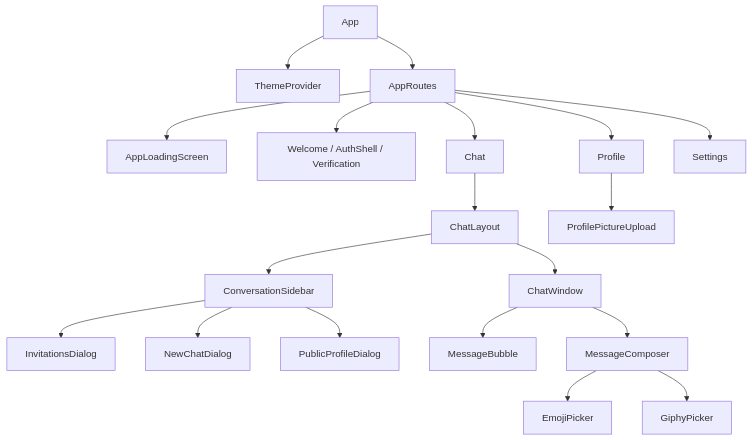
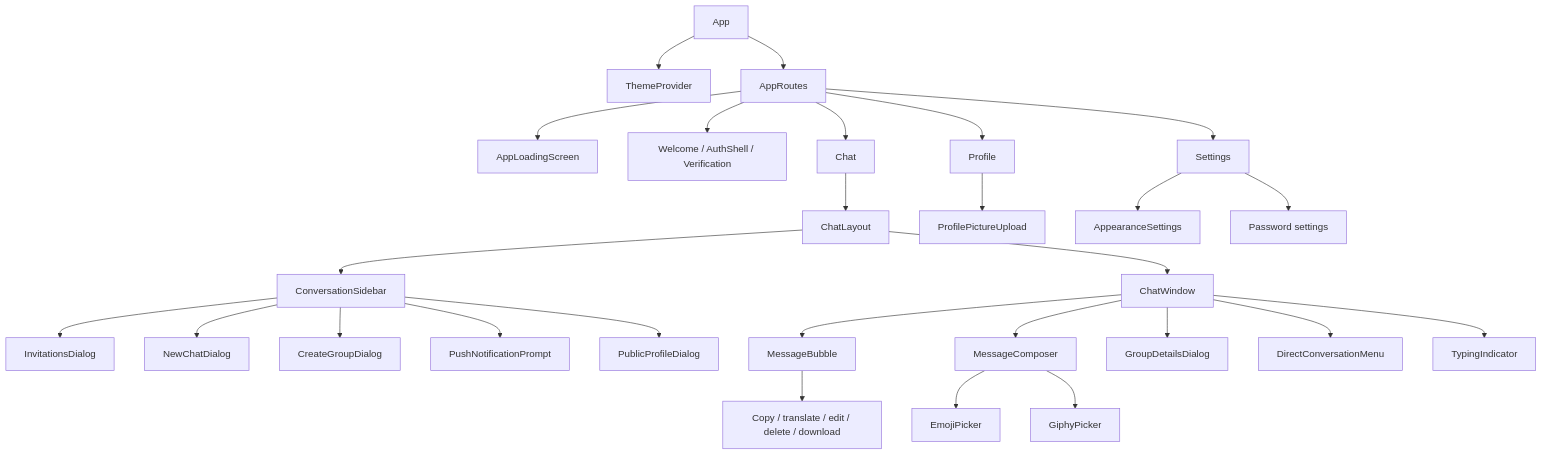
The first of 3 diagrams in docs/06-frontend-design.md (Saurav11343/click-chat), drawn with Mermaid before and after one commit. The commit also changed other lines of this file and 11 other files, not shown here.

Commit message:
update diagrams

````diff
--- a/docs/06-frontend-design.md
+++ b/docs/06-frontend-design.md
@@ -24,21 +24,29 @@
 ```mermaid
 flowchart TD
     APP["App"] --> TP["ThemeProvider"]
     APP --> RT["AppRoutes"]
     RT --> LOAD["AppLoadingScreen"]
     RT --> PUB["Welcome / AuthShell / Verification"]
     RT --> CHAT["Chat"]
     RT --> PROFILE["Profile"]
     RT --> SETTINGS["Settings"]
     CHAT --> LAYOUT["ChatLayout"]
     LAYOUT --> SIDE["ConversationSidebar"]
     LAYOUT --> WIN["ChatWindow"]
     SIDE --> INV["InvitationsDialog"]
     SIDE --> NEW["NewChatDialog"]
+    SIDE --> CREATE["CreateGroupDialog"]
+    SIDE --> PUSH["PushNotificationPrompt"]
     SIDE --> PUBPRO["PublicProfileDialog"]
     WIN --> BUB["MessageBubble"]
     WIN --> COMP["MessageComposer"]
+    WIN --> GROUP["GroupDetailsDialog"]
+    WIN --> DIRECT["DirectConversationMenu"]
+    WIN --> TYPE["TypingIndicator"]
+    BUB --> ACTIONS["Copy / translate / edit / delete / download"]
     COMP --> EMOJI["EmojiPicker"]
     COMP --> GIPHY["GiphyPicker"]
     PROFILE --> PIC["ProfilePictureUpload"]
+    SETTINGS --> APPEAR["AppearanceSettings"]
+    SETTINGS --> SECURITY["Password settings"]
 ```
````
